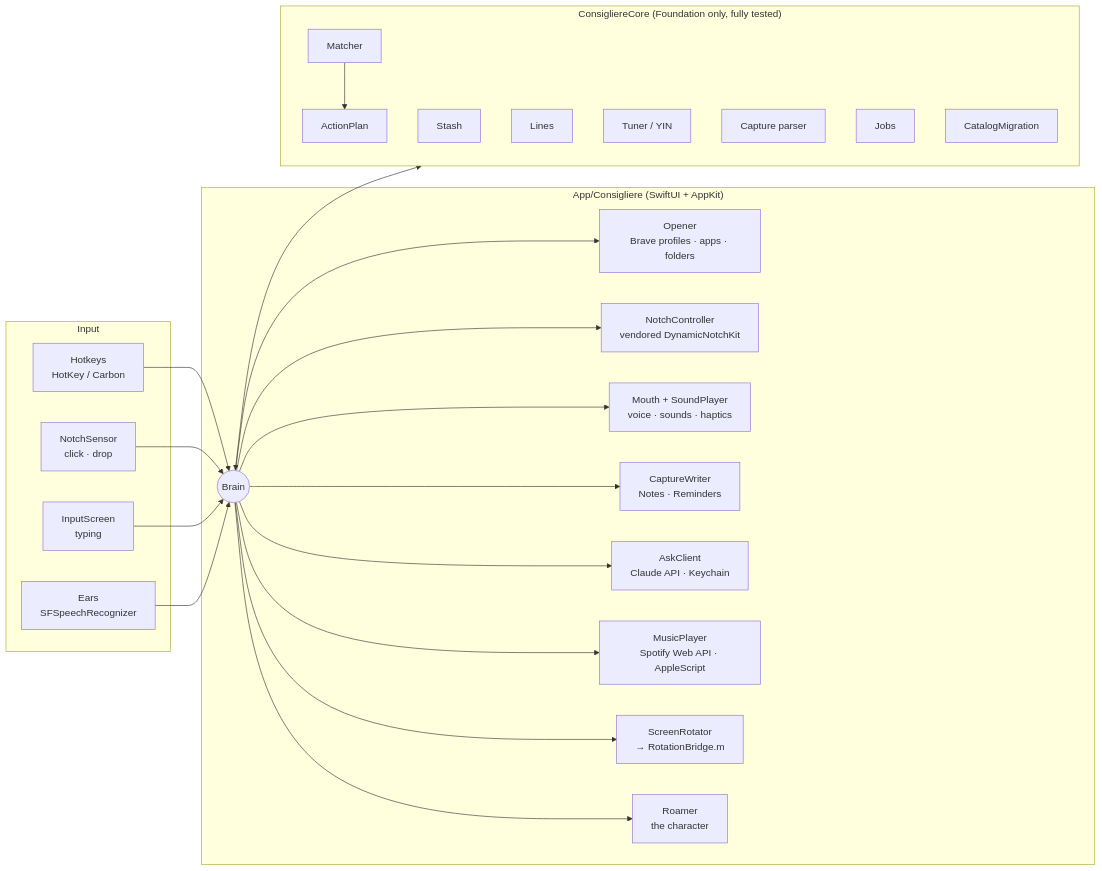
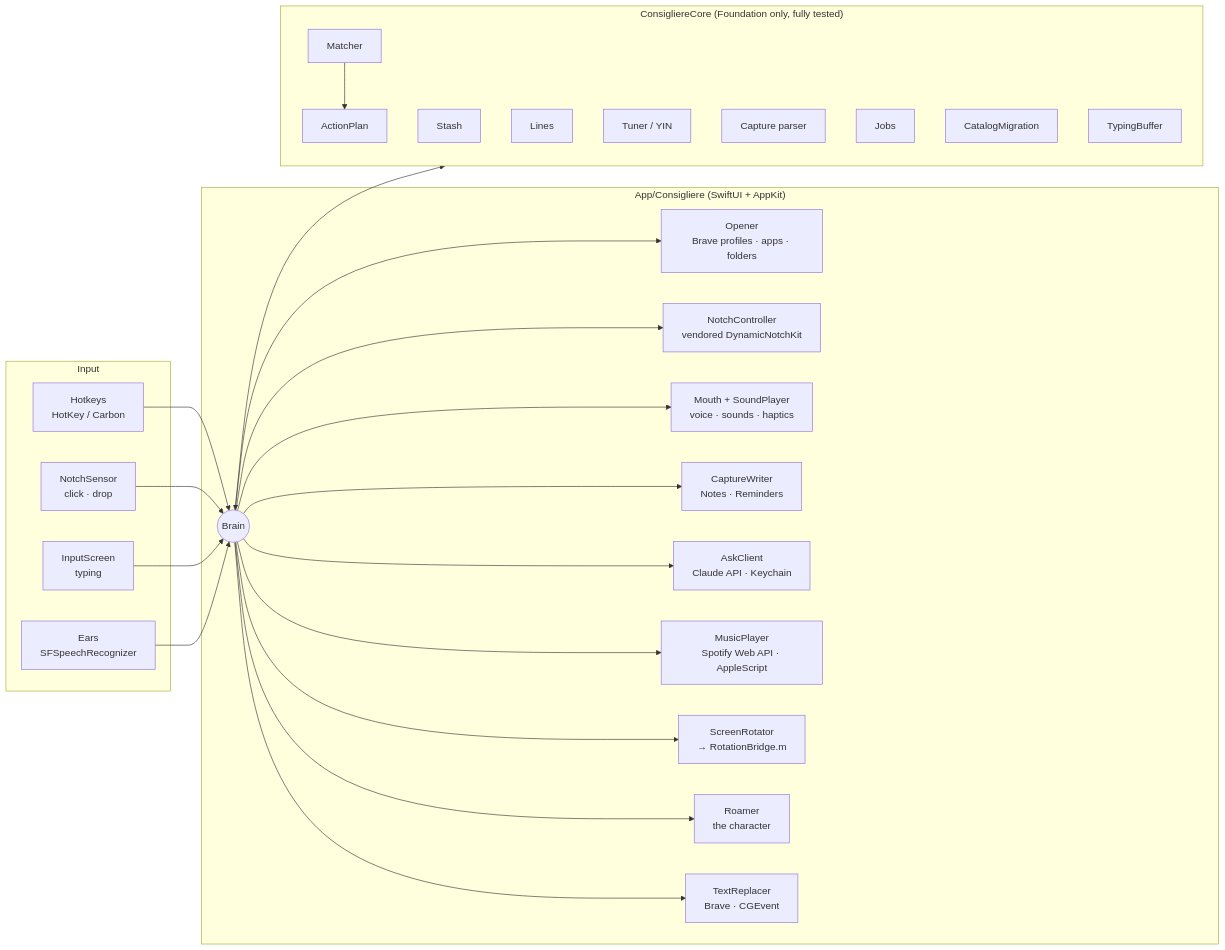
The first of 2 diagrams in README.md (adisharma200606-star/consigliere), drawn with Mermaid before and after one commit. The commit also changed other lines of this file and 3 other files, not shown here.

First line of the commit message:
README: text replacement in Brave; guide and status lines confirm it and the head beside the notch

````diff
--- a/README.md
+++ b/README.md
@@ -175,35 +187,37 @@
 ```mermaid
 flowchart LR
     subgraph Input
         H[Hotkeys<br/>HotKey / Carbon]
         S[NotchSensor<br/>click · drop]
         T[InputScreen<br/>typing]
         E[Ears<br/>SFSpeechRecognizer]
     end
 
     subgraph App["App/Consigliere (SwiftUI + AppKit)"]
         B((Brain))
         O[Opener<br/>Brave profiles · apps · folders]
         N[NotchController<br/>vendored DynamicNotchKit]
         M[Mouth + SoundPlayer<br/>voice · sounds · haptics]
         C[CaptureWriter<br/>Notes · Reminders]
         A[AskClient<br/>Claude API · Keychain]
         P[MusicPlayer<br/>Spotify Web API · AppleScript]
         R[ScreenRotator<br/>→ RotationBridge.m]
         Ch[Roamer<br/>the character]
+        X[TextReplacer<br/>Brave · CGEvent]
     end
 
     subgraph Core["ConsigliereCore (Foundation only, fully tested)"]
         Ma[Matcher] --> AP[ActionPlan]
         St[Stash]
         Li[Lines]
         Tu[Tuner / YIN]
         Ca[Capture parser]
         Jo[Jobs]
         Mi[CatalogMigration]
+        Tb[TypingBuffer]
     end
 
     H & S & T & E --> B
     B <--> Core
-    B --> O & N & M & C & A & P & R & Ch
+    B --> O & N & M & C & A & P & R & Ch & X
 ```
````
